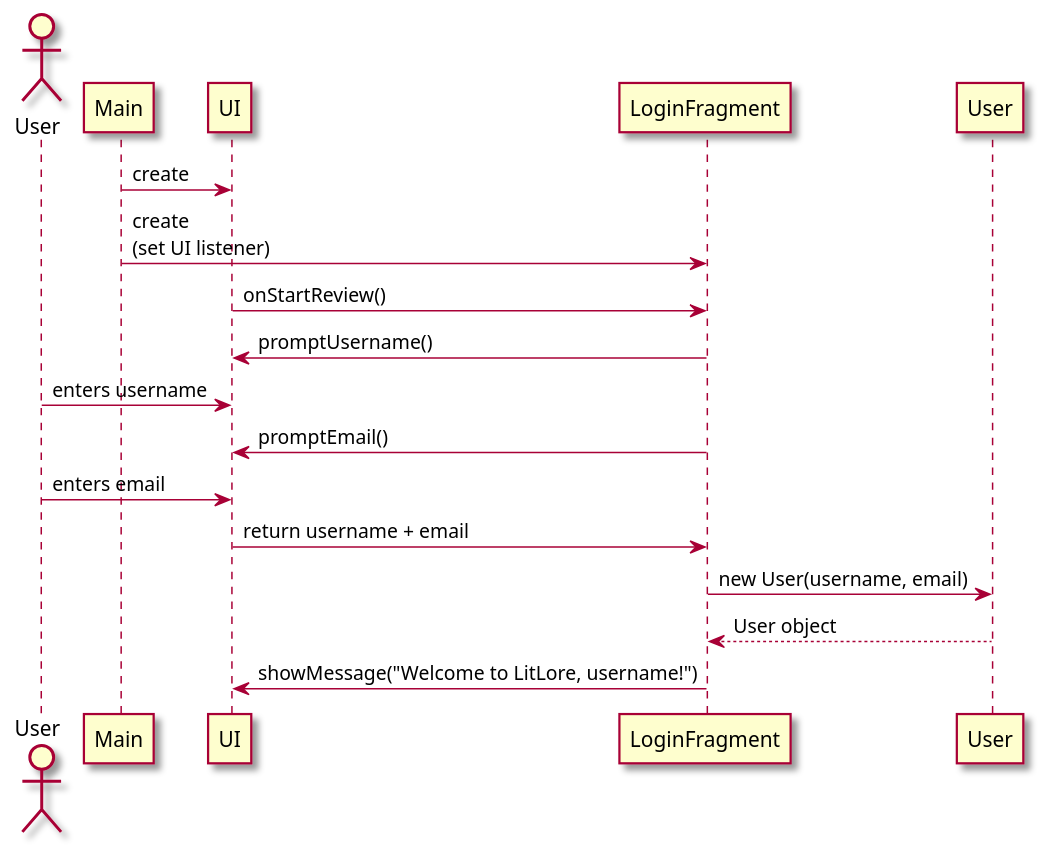
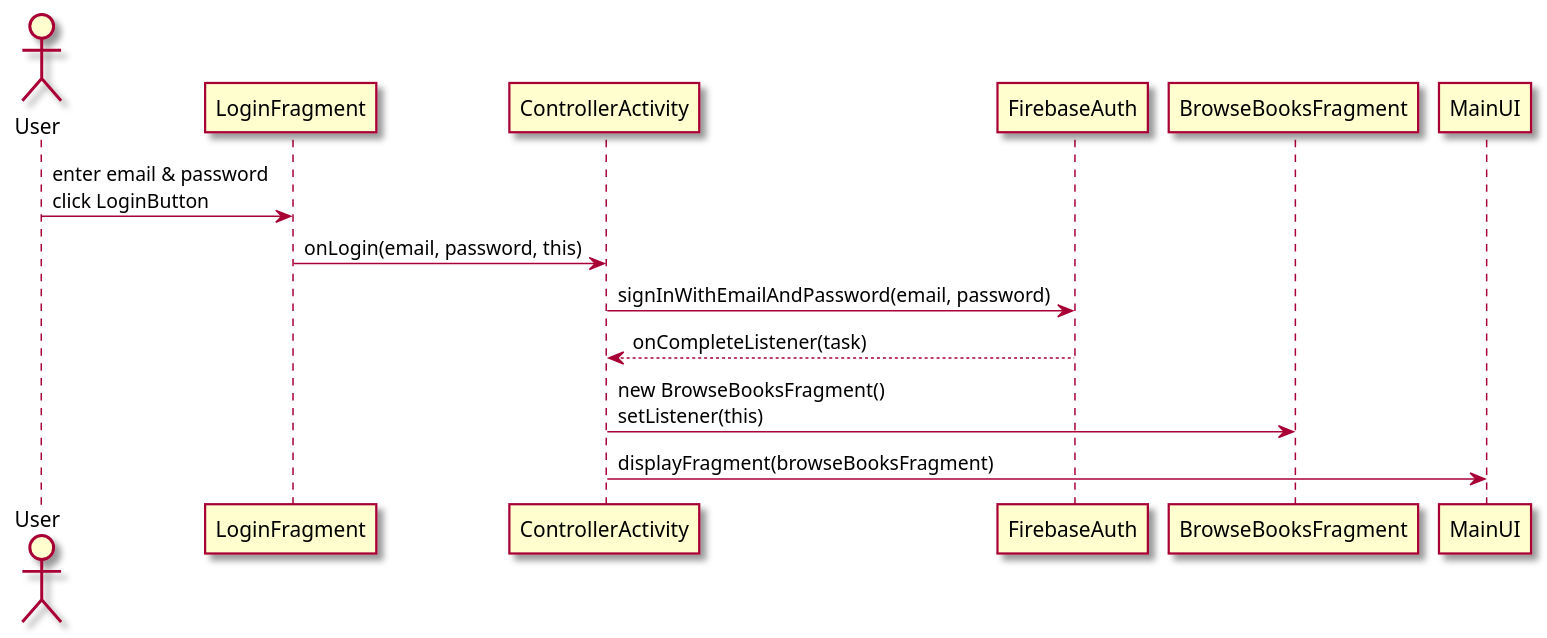
The third of 3 diagrams in intellij/doc/use-cases/authenticate-user.md (Khurshid03/team-2b), drawn with PlantUML before and after one commit. The commit also changed 12 other files, not shown here.

Commit message:
Updated the use cases and their sequence diagrams

````diff
--- a/intellij/doc/use-cases/authenticate-user.md
+++ b/intellij/doc/use-cases/authenticate-user.md
@@ -93,29 +93,18 @@
 ```plantuml
 @startuml
+skin rose
+actor User
+participant LoginFragment
+participant ControllerActivity
+participant FirebaseAuth
+participant BrowseBooksFragment
+participant MainUI
 
-skin rose 
-
-actor User
-participant Main
-participant UI
-participant LoginFragment
-participant UserModel as "User"
-
-Main -> UI : create
-Main -> LoginFragment : create\n(set UI listener)
-
-UI -> LoginFragment : onStartReview()
-LoginFragment -> UI : promptUsername()
-User -> UI : enters username
-
-LoginFragment -> UI : promptEmail()
-User -> UI : enters email
-
-UI -> LoginFragment : return username + email
-LoginFragment -> UserModel : new User(username, email)
-UserModel --> LoginFragment : User object
-LoginFragment -> UI : showMessage("Welcome to LitLore, username!")
-
+User -> LoginFragment : enter email & password\nclick LoginButton
+LoginFragment -> ControllerActivity : onLogin(email, password, this)
+ControllerActivity -> FirebaseAuth : signInWithEmailAndPassword(email, password)
+FirebaseAuth --> ControllerActivity : onCompleteListener(task)
+ControllerActivity -> BrowseBooksFragment : new BrowseBooksFragment()\nsetListener(this)
+ControllerActivity -> MainUI : displayFragment(browseBooksFragment)
 @enduml
-
 ```
````
